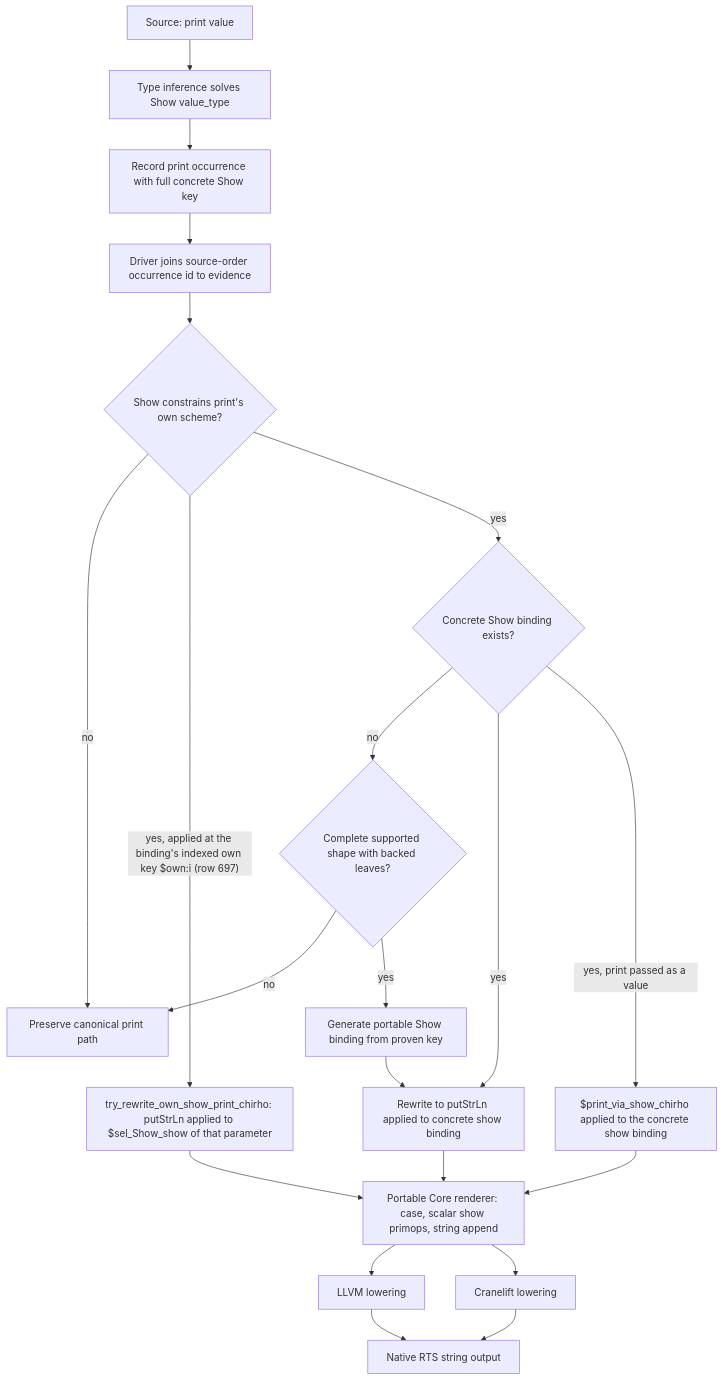
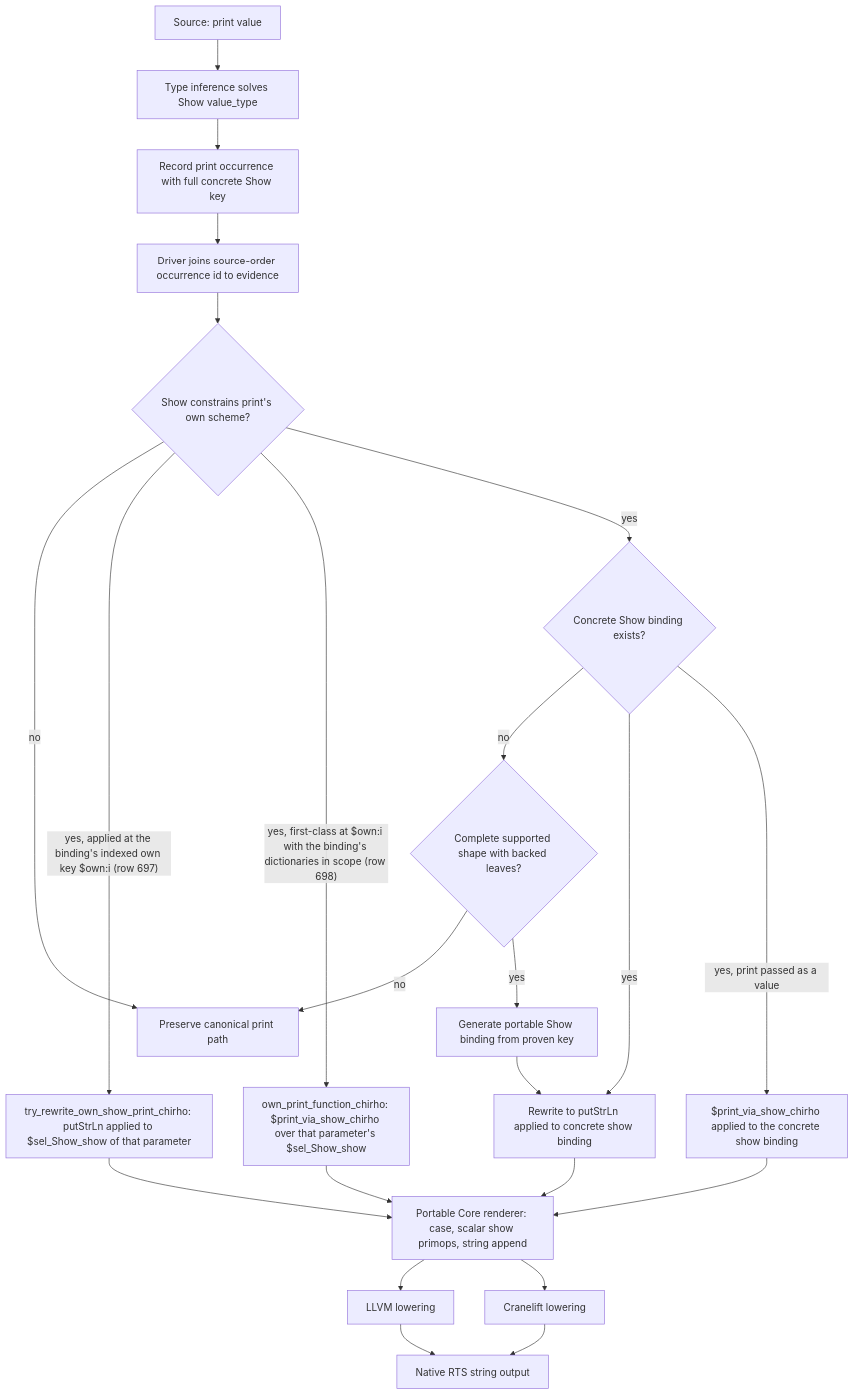
One commit to loveJesus/haskelujah-chirho changed the first of 3 diagrams in spec-chirho/workflows-chirho/print-show-evidence-chirho.md. Above: the diagram before and after it, drawn with Mermaid. The commit also changed other lines of this file and 4 other files, not shown here.

````diff
--- a/spec-chirho/workflows-chirho/print-show-evidence-chirho.md
+++ b/spec-chirho/workflows-chirho/print-show-evidence-chirho.md
@@ -10,23 +10,25 @@
 ```mermaid
 flowchart TD
     source_chirho[Source: print value] --> infer_chirho[Type inference solves Show value_type]
     infer_chirho --> occurrence_chirho[Record print occurrence with full concrete Show key]
     occurrence_chirho --> join_chirho[Driver joins source-order occurrence id to evidence]
     join_chirho --> validate_chirho{Show constrains print's own scheme?}
     validate_chirho -->|no| fallback_chirho[Preserve canonical print path]
     validate_chirho -->|"yes, applied at the binding's indexed own key $own:i (row 697)"| own_show_chirho["try_rewrite_own_show_print_chirho: putStrLn applied to $sel_Show_show of that parameter"]
     own_show_chirho --> core_show_chirho
+    validate_chirho -->|"yes, first-class at $own:i with the binding's dictionaries in scope (row 698)"| own_first_class_chirho["own_print_function_chirho: $print_via_show_chirho over that parameter's $sel_Show_show"]
+    own_first_class_chirho --> core_show_chirho
     validate_chirho -->|yes| instance_chirho{Concrete Show binding exists?}
     instance_chirho -->|no| materialize_chirho{Complete supported shape with backed leaves?}
     materialize_chirho -->|no| fallback_chirho
     materialize_chirho -->|yes| generate_chirho[Generate portable Show binding from proven key]
     generate_chirho --> rewrite_chirho
     instance_chirho -->|yes| rewrite_chirho[Rewrite to putStrLn applied to concrete show binding]
     instance_chirho -->|yes, print passed as a value| first_class_chirho["$print_via_show_chirho applied to the concrete show binding"]
     first_class_chirho --> core_show_chirho
     rewrite_chirho --> core_show_chirho[Portable Core renderer: case, scalar show primops, string append]
     core_show_chirho --> llvm_chirho[LLVM lowering]
     core_show_chirho --> cranelift_chirho[Cranelift lowering]
     llvm_chirho --> rts_chirho[Native RTS string output]
     cranelift_chirho --> rts_chirho
 ```
````
